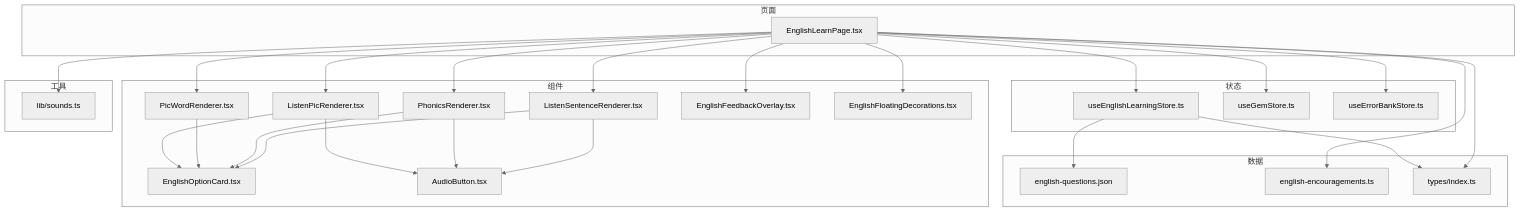
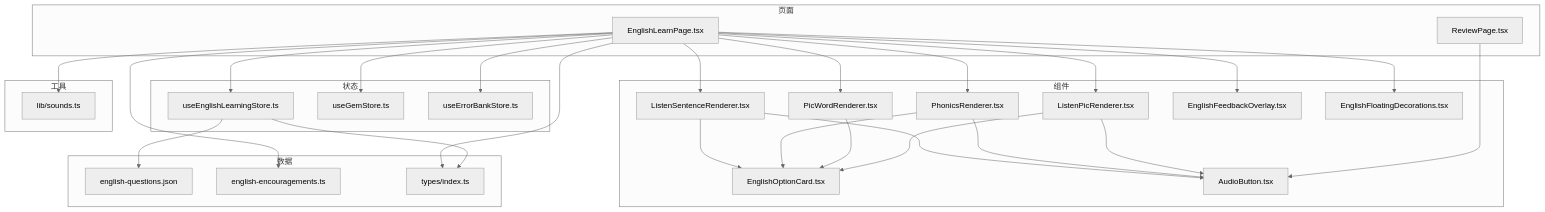
The first of 8 diagrams in .qoder/repowiki/zh/content/功能组件详解/英语学习模块.md (wudeng2005/rainbow-learning), drawn with Mermaid (neutral theme) before and after one commit. The commit also changed other lines of this file and 18 other files, not shown here.

````diff
--- a/.qoder/repowiki/zh/content/功能组件详解/英语学习模块.md
+++ b/.qoder/repowiki/zh/content/功能组件详解/英语学习模块.md
@@ -53,50 +55,52 @@
 ```mermaid
 graph TB
 subgraph "页面"
 EL["EnglishLearnPage.tsx"]
+RP["ReviewPage.tsx"]
 end
 subgraph "组件"
 LP["ListenPicRenderer.tsx"]
 PW["PicWordRenderer.tsx"]
 PH["PhonicsRenderer.tsx"]
 LS["ListenSentenceRenderer.tsx"]
 OC["EnglishOptionCard.tsx"]
 AB["AudioButton.tsx"]
 EFO["EnglishFeedbackOverlay.tsx"]
 EFD["EnglishFloatingDecorations.tsx"]
 end
 subgraph "状态"
 ES["useEnglishLearningStore.ts"]
 GS["useGemStore.ts"]
 EBS["useErrorBankStore.ts"]
 end
 subgraph "数据"
 EQ["english-questions.json"]
 ENC["english-encouragements.ts"]
 TYP["types/index.ts"]
 end
 subgraph "工具"
 SND["lib/sounds.ts"]
 end
 EL --> ES
 EL --> GS
 EL --> EBS
 EL --> LP
 EL --> PW
 EL --> PH
 EL --> LS
 EL --> EFO
 EL --> EFD
+RP --> AB
 LP --> OC
 PW --> OC
 PH --> OC
 LS --> OC
 LP --> AB
 PH --> AB
 LS --> AB
 EL --> ENC
 ES --> EQ
 ES --> TYP
 EL --> TYP
 EL --> SND
 ```
````
